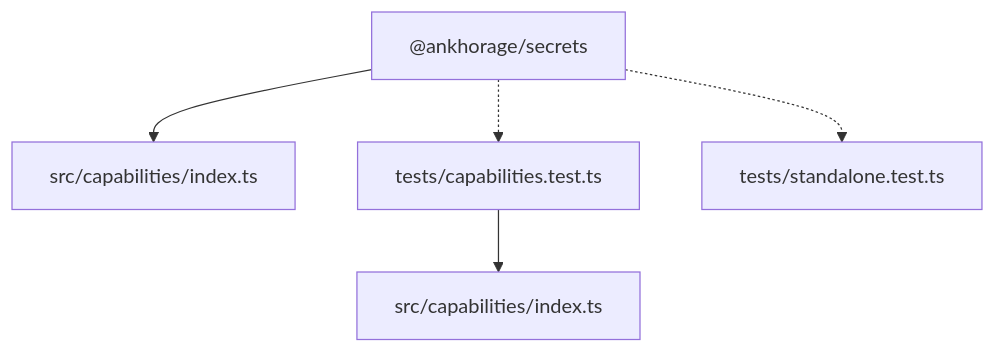
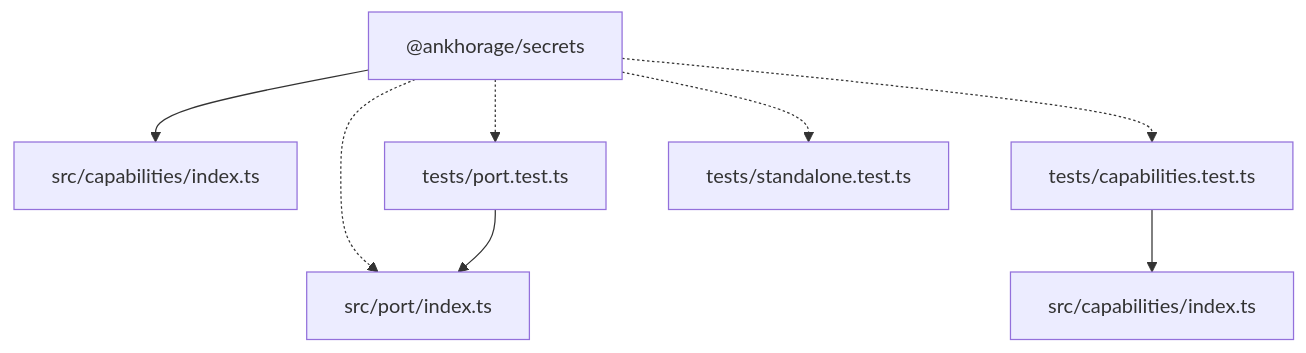
One commit to ankhorage/secrets changed the diagram in paradox/diagrams/architecture-overview.mmd. Above: the diagram before and after it, drawn with Mermaid. The commit also changed 10 other files, not shown here.

```diff
--- a/paradox/diagrams/architecture-overview.mmd
+++ b/paradox/diagrams/architecture-overview.mmd
@@ -1,10 +1,15 @@
 graph TD
   package__ankhorage_secrets["@ankhorage/secrets"]
   entrypoint_src_capabilities_index_ts["src/capabilities/index.ts"]
   package__ankhorage_secrets --> entrypoint_src_capabilities_index_ts
   module_src_capabilities_index_ts["src/capabilities/index.ts"]
+  module_src_port_index_ts["src/port/index.ts"]
+  package__ankhorage_secrets -.-> module_src_port_index_ts
   module_tests_capabilities_test_ts["tests/capabilities.test.ts"]
   package__ankhorage_secrets -.-> module_tests_capabilities_test_ts
   module_tests_capabilities_test_ts --> module_src_capabilities_index_ts
+  module_tests_port_test_ts["tests/port.test.ts"]
+  package__ankhorage_secrets -.-> module_tests_port_test_ts
+  module_tests_port_test_ts --> module_src_port_index_ts
   module_tests_standalone_test_ts["tests/standalone.test.ts"]
   package__ankhorage_secrets -.-> module_tests_standalone_test_ts
```
